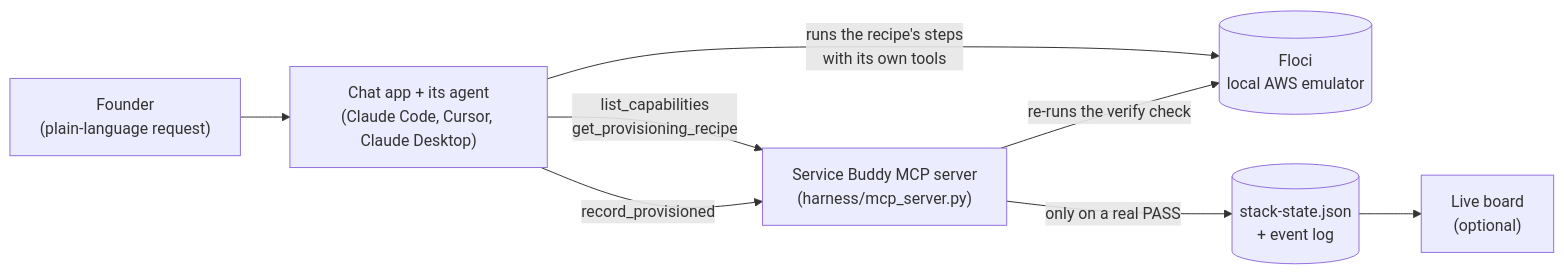
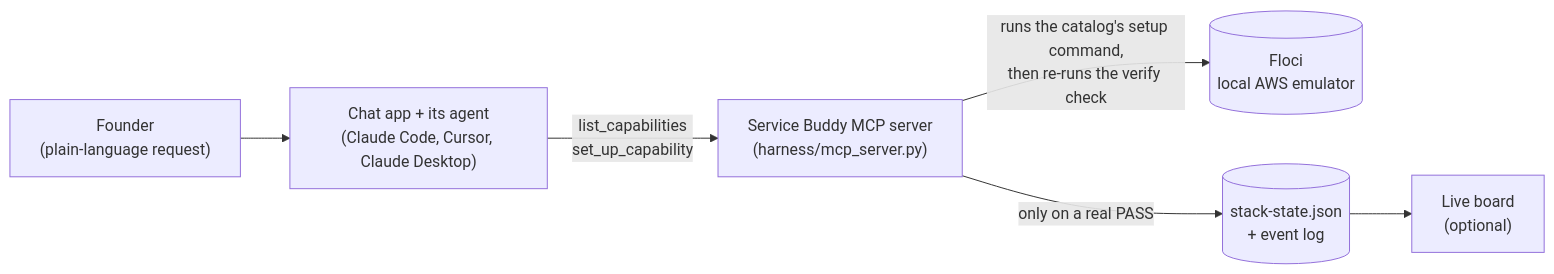
The diagram in harness/README.md (ahmedkeewan/describe-to-deploy), drawn with Mermaid before and after one commit. The commit also changed other lines of this file and 10 other files, not shown here.

````diff
--- a/harness/README.md
+++ b/harness/README.md
@@ -31,10 +31,8 @@
 ```mermaid
 flowchart LR
     F["Founder<br/>(plain-language request)"] --> A["Chat app + its agent<br/>(Claude Code, Cursor, Claude Desktop)"]
-    A -- "list_capabilities<br/>get_provisioning_recipe" --> S["Service Buddy MCP server<br/>(harness/mcp_server.py)"]
-    A -- "runs the recipe's steps<br/>with its own tools" --> FL[("Floci<br/>local AWS emulator")]
-    A -- "record_provisioned" --> S
-    S -- "re-runs the verify check" --> FL
+    A -- "list_capabilities<br/>set_up_capability" --> S["Service Buddy MCP server<br/>(harness/mcp_server.py)"]
+    S -- "runs the catalog's setup command,<br/>then re-runs the verify check" --> FL[("Floci<br/>local AWS emulator")]
     S -- "only on a real PASS" --> ST[("stack-state.json<br/>+ event log")]
     ST --> B["Live board<br/>(optional)"]
 ```
````
